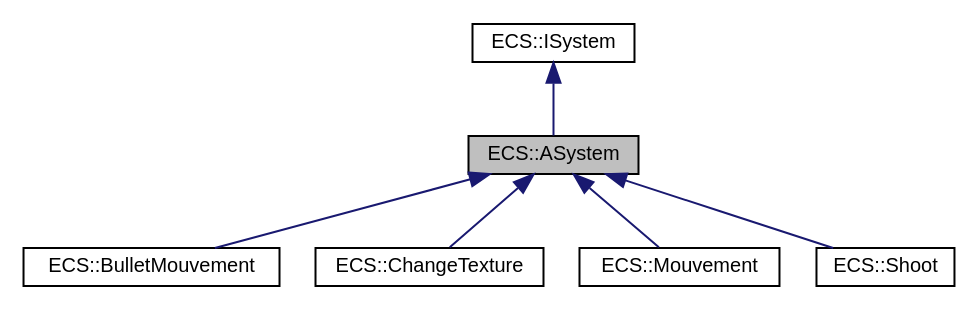
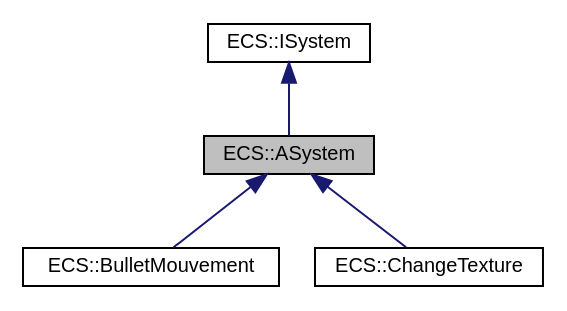
Before and after one commit to TerryMazzoni/RTypeMirror: the diagram in classECS_1_1ASystem__inherit__graph.dot, drawn with Graphviz. The commit also changed 140 other files, not shown here.

```diff
--- a/classECS_1_1ASystem__inherit__graph.dot
+++ b/classECS_1_1ASystem__inherit__graph.dot
@@ -1,17 +1,13 @@
 digraph "ECS::ASystem"
 {
  // LATEX_PDF_SIZE
   edge [fontname="Helvetica",fontsize="10",labelfontname="Helvetica",labelfontsize="10"];
   node [fontname="Helvetica",fontsize="10",shape=record];
   Node1 [label="ECS::ASystem",height=0.2,width=0.4,color="black", fillcolor="grey75", style="filled", fontcolor="black",tooltip=" "];
   Node2 -> Node1 [dir="back",color="midnightblue",fontsize="10",style="solid",fontname="Helvetica"];
   Node2 [label="ECS::ISystem",height=0.2,width=0.4,color="black", fillcolor="white", style="filled",URL="$classECS_1_1ISystem.html",tooltip=" "];
   Node1 -> Node3 [dir="back",color="midnightblue",fontsize="10",style="solid",fontname="Helvetica"];
   Node3 [label="ECS::BulletMouvement",height=0.2,width=0.4,color="black", fillcolor="white", style="filled",URL="$classECS_1_1BulletMouvement.html",tooltip=" "];
   Node1 -> Node4 [dir="back",color="midnightblue",fontsize="10",style="solid",fontname="Helvetica"];
   Node4 [label="ECS::ChangeTexture",height=0.2,width=0.4,color="black", fillcolor="white", style="filled",URL="$classECS_1_1ChangeTexture.html",tooltip=" "];
-  Node1 -> Node5 [dir="back",color="midnightblue",fontsize="10",style="solid",fontname="Helvetica"];
-  Node5 [label="ECS::Mouvement",height=0.2,width=0.4,color="black", fillcolor="white", style="filled",URL="$classECS_1_1Mouvement.html",tooltip=" "];
-  Node1 -> Node6 [dir="back",color="midnightblue",fontsize="10",style="solid",fontname="Helvetica"];
-  Node6 [label="ECS::Shoot",height=0.2,width=0.4,color="black", fillcolor="white", style="filled",URL="$classECS_1_1Shoot.html",tooltip=" "];
 }
```
